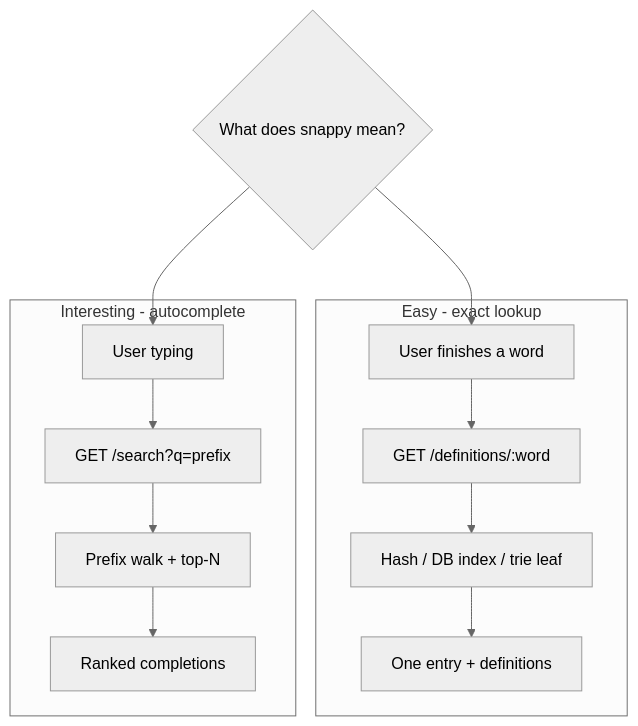
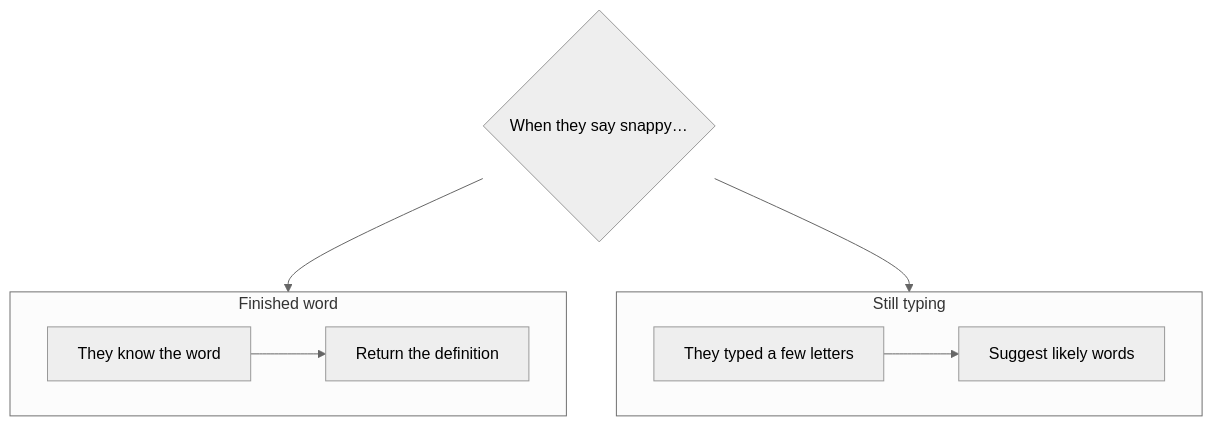
The second of 2 diagrams in docs/INTERVIEW_RETROSPECTIVE.md (Neander-Menezes/dictionary-search), drawn with Mermaid (neutral theme) before and after one commit. The commit also changed other lines of this file and 1 other file, not shown here.

````diff
--- a/docs/INTERVIEW_RETROSPECTIVE.md
+++ b/docs/INTERVIEW_RETROSPECTIVE.md
@@ -30,18 +38,14 @@
 ```mermaid
 flowchart TB
-  Q{"What does snappy mean?"}
-  Q --> A1
-  Q --> B1
+  Ask{"When they say snappy…"}
+  Ask --> Exact
+  Ask --> Type
 
-  subgraph easy ["Easy - exact lookup"]
-    A1[User finishes a word] --> A2["GET /definitions/:word"]
-    A2 --> A3["Hash / DB index / trie leaf"]
-    A3 --> A4["One entry + definitions"]
+  subgraph Exact ["Finished word"]
+    E1[They know the word] --> E2[Return the definition]
   end
 
-  subgraph hard ["Interesting - autocomplete"]
-    B1[User typing] --> B2["GET /search?q=prefix"]
-    B2 --> B3["Prefix walk + top-N"]
-    B3 --> B4[Ranked completions]
+  subgraph Type ["Still typing"]
+    T1[They typed a few letters] --> T2[Suggest likely words]
   end
 ```
````
